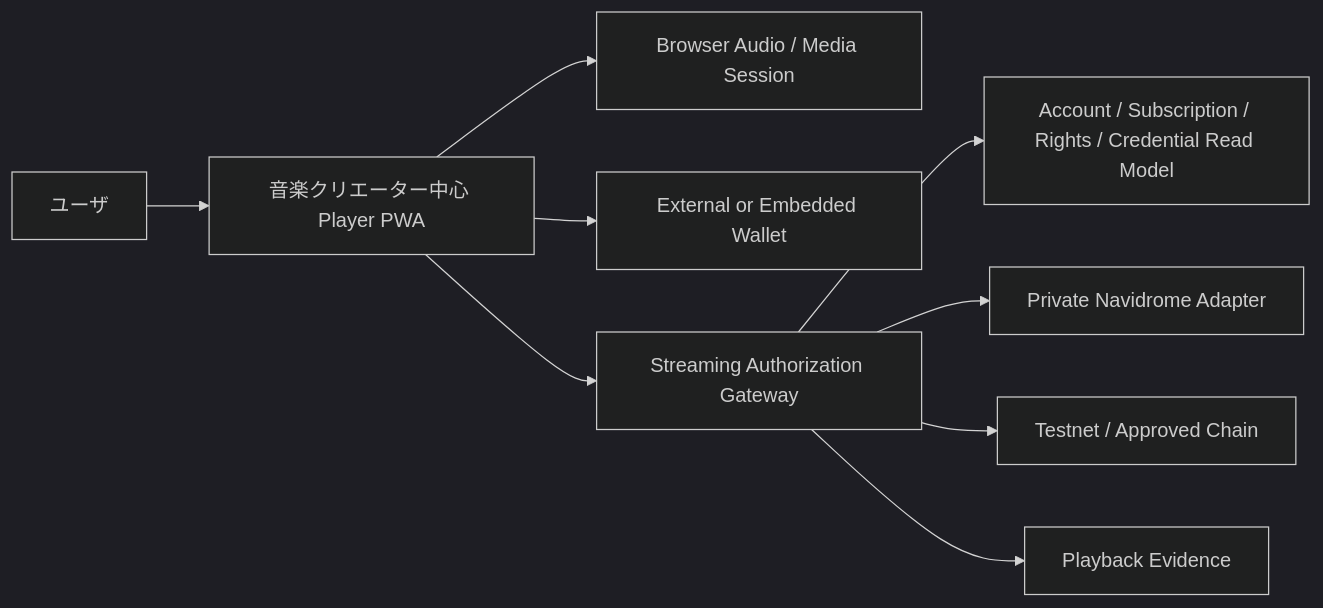
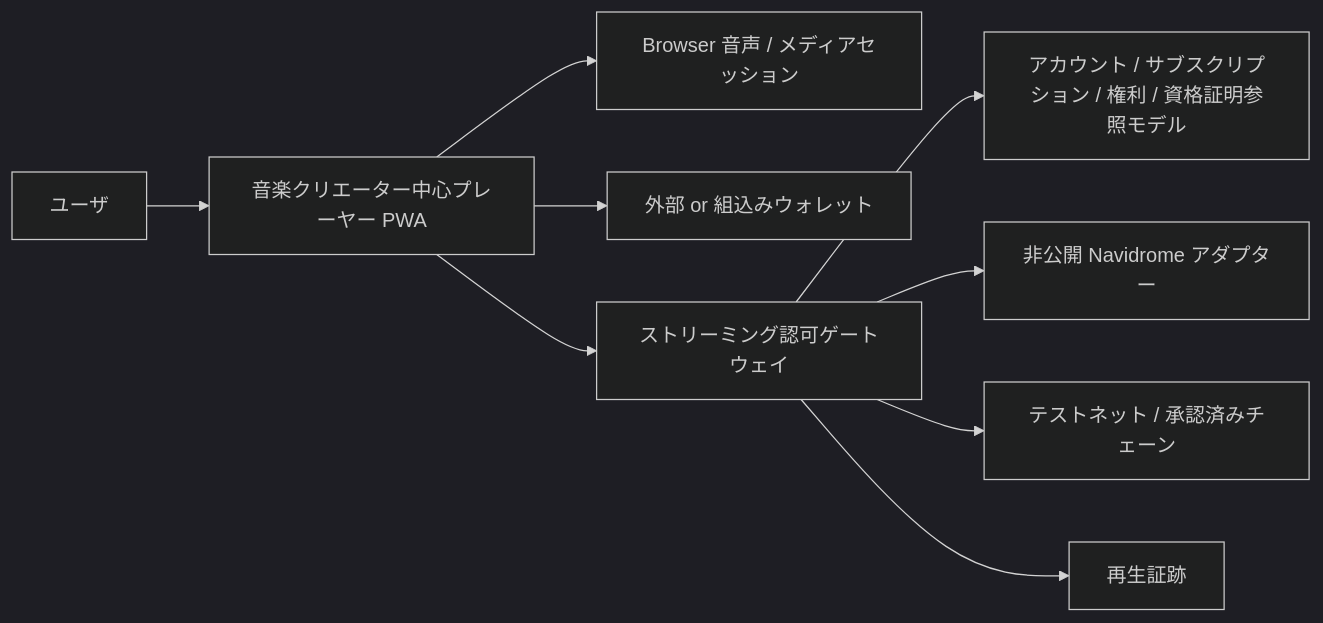
Before and after one commit to ShigeichiroYamasaki/creator-first-platform: the diagram in docs/adr/ADR-0011-integrated-player-client.md, drawn with Mermaid (dark theme). The commit also changed other lines of this file and 72 other files, not shown here.

````diff
--- a/docs/adr/ADR-0011-integrated-player-client.md
+++ b/docs/adr/ADR-0011-integrated-player-client.md
@@ -27,21 +27,21 @@
 ```mermaid
 flowchart LR
     USER[ユーザ]
-    PLAYER[音楽クリエーター中心 Player PWA]
-    AUDIO[Browser Audio / Media Session]
-    WALLET[External or Embedded Wallet]
-    GATEWAY[Streaming Authorization Gateway]
-    READ[Account / Subscription / Rights / Credential Read Model]
-    NAVI[Private Navidrome Adapter]
-    CHAIN[Testnet / Approved Chain]
-    EVIDENCE[Playback Evidence]
+    PLAYER[音楽クリエーター中心プレーヤー PWA]
+    AUDIO[Browser 音声 / メディアセッション]
+    WALLET[外部 or 組込みウォレット]
+    GATEWAY[ストリーミング認可ゲートウェイ]
+    READ[アカウント / サブスクリプション / 権利 / 資格証明参照モデル]
+    NAVI[非公開 Navidrome アダプター]
+    CHAIN[テストネット / 承認済みチェーン]
+    EVIDENCE[再生証跡]
 
     USER --> PLAYER
     PLAYER --> AUDIO
     PLAYER --> WALLET
     PLAYER --> GATEWAY
     GATEWAY --> READ
     GATEWAY --> NAVI
     GATEWAY --> CHAIN
     GATEWAY --> EVIDENCE
 ```
````
